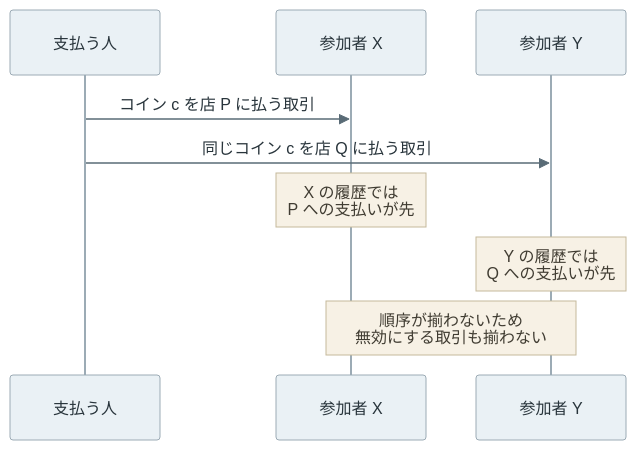
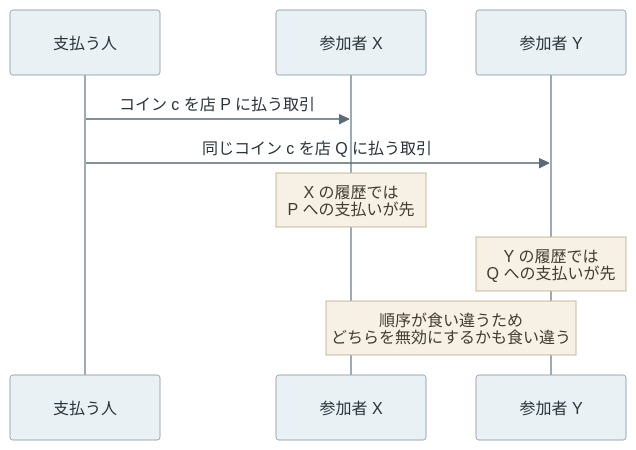
Before and after one commit to nao1215/debimate: the second of 4 diagrams in content/notes/blockchain-systems/bitcoin-block/index.md, drawn with Mermaid. The commit also changed other lines of this file and 56 other files, not shown here.

````diff
--- a/content/notes/blockchain-systems/bitcoin-block/index.md
+++ b/content/notes/blockchain-systems/bitcoin-block/index.md
@@ -45,12 +53,12 @@
 ```mermaid
 %%{init: {"theme":"base","themeVariables":{"primaryColor":"#eaf1f5","primaryTextColor":"#28343b","primaryBorderColor":"#9cabb5","lineColor":"#596b76","textColor":"#28343b","actorBkg":"#eaf1f5","actorBorder":"#9cabb5","actorTextColor":"#28343b","actorLineColor":"#9cabb5","signalColor":"#596b76","signalTextColor":"#28343b","noteBkgColor":"#f7f1e5","noteBorderColor":"#c5b99b","noteTextColor":"#403c32","activationBkgColor":"#edf3ef","activationBorderColor":"#9aafa1"}}}%%
 sequenceDiagram
     participant A as 支払う人
     participant X as 参加者 X
     participant Y as 参加者 Y
     A->>X: コイン c を店 P に払う取引
     A->>Y: 同じコイン c を店 Q に払う取引
     Note over X: X の履歴では<br/>P への支払いが先
     Note over Y: Y の履歴では<br/>Q への支払いが先
-    Note over X,Y: 順序が揃わないため<br/>無効にする取引も揃わない
+    Note over X,Y: 順序が食い違うため<br/>どちらを無効にするかも食い違う
 ```
````
